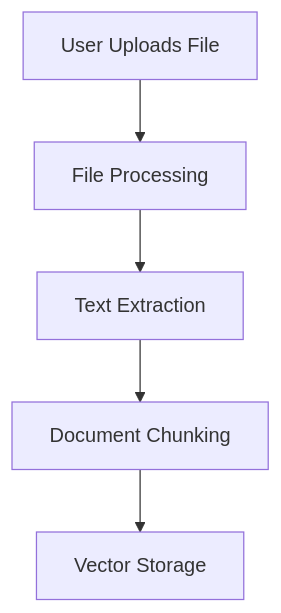
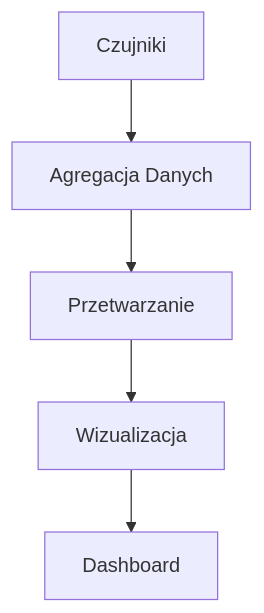
The first of 3 diagrams in src/docs/Architecture.md (rrsartneoai/smart-grid-gems-37-50), drawn with Mermaid before and after one commit. The commit also changed other lines of this file, not shown here.

First line of the commit message:
Add diagram generator for dashboard

````diff
--- a/src/docs/Architecture.md
+++ b/src/docs/Architecture.md
@@ -37,7 +39,7 @@
    ```mermaid
    graph TD
-     A[User Uploads File] --> B[File Processing]
-     B --> C[Text Extraction]
-     C --> D[Document Chunking]
-     D --> E[Vector Storage]
+     A[Czujniki] --> B[Agregacja Danych]
+     B --> C[Przetwarzanie]
+     C --> D[Wizualizacja]
+     D --> E[Dashboard]
    ```
````
